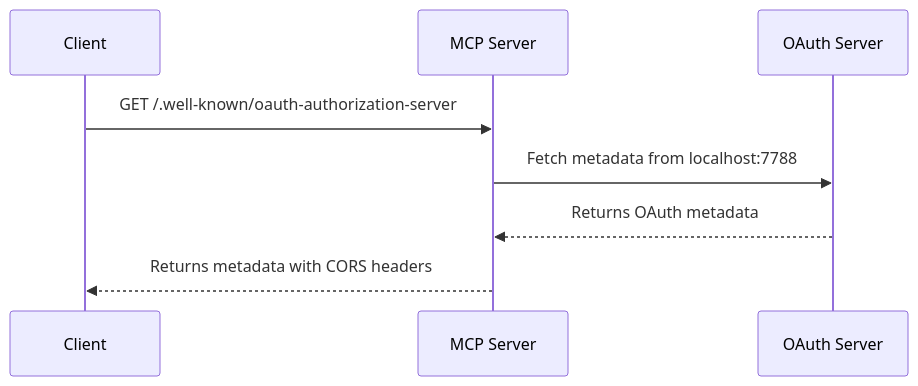
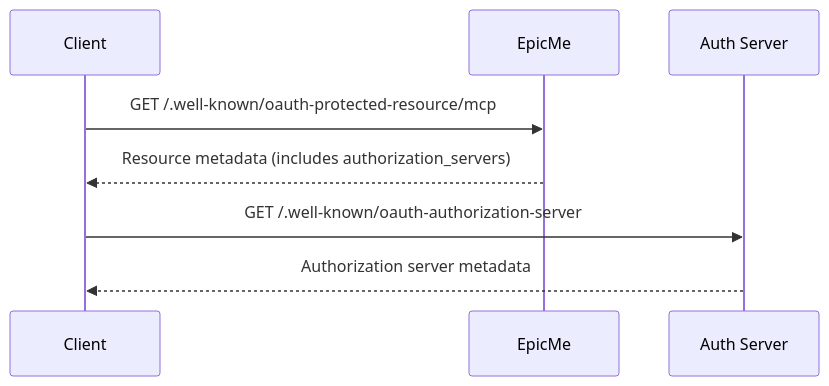
The diagram in playground/README.mdx (rubenpenap/mcp-auth), drawn with Mermaid before and after one commit. The commit also changed other lines of this file and 4 other files, not shown here.

First line of the commit message:
feat: update package name and enhance README for protected resource discovery

````diff
--- a/playground/README.mdx
+++ b/playground/README.mdx
@@ -44,7 +45,7 @@
 ```mermaid
 sequenceDiagram
-    Client->>MCP Server: GET /.well-known/oauth-authorization-server
-    MCP Server->>OAuth Server: Fetch metadata from localhost:7788
-    OAuth Server-->>MCP Server: Returns OAuth metadata
-    MCP Server-->>Client: Returns metadata with CORS headers
+  Client->>EpicMe: GET /.well-known/oauth-protected-resource/mcp
+  EpicMe-->>Client: Resource metadata (includes authorization_servers)
+  Client->>Auth Server: GET /.well-known/oauth-authorization-server
+  Auth Server-->>Client: Authorization server metadata
 ```
````
